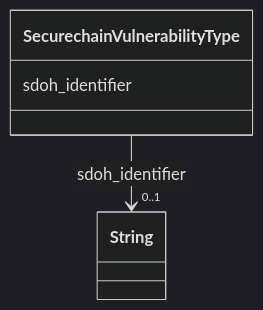
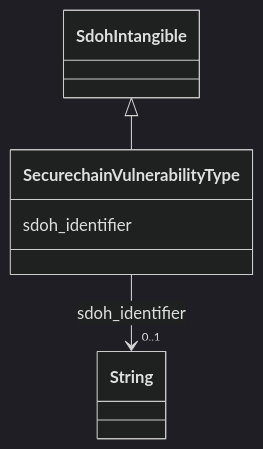
One commit to frink-okn/graph-descriptions changed the diagram in secure-chain-kg/classes/SecurechainVulnerabilityType.md. Above: the diagram before and after it, drawn with Mermaid (dark theme). The commit also changed other lines of this file and 6807 other files, not shown here.

````diff
--- a/secure-chain-kg/classes/SecurechainVulnerabilityType.md
+++ b/secure-chain-kg/classes/SecurechainVulnerabilityType.md
@@ -19,15 +19,18 @@
 ```mermaid
  classDiagram
     class SecurechainVulnerabilityType
     click SecurechainVulnerabilityType href "../SecurechainVulnerabilityType"
+      SdohIntangible <|-- SecurechainVulnerabilityType
+        click SdohIntangible href "../SdohIntangible"
+      
       SecurechainVulnerabilityType : sdoh_identifier
         
           
     
     
     SecurechainVulnerabilityType --> "0..1" String : sdoh_identifier
     click String href "../String"
 
         
       
 ```
````
